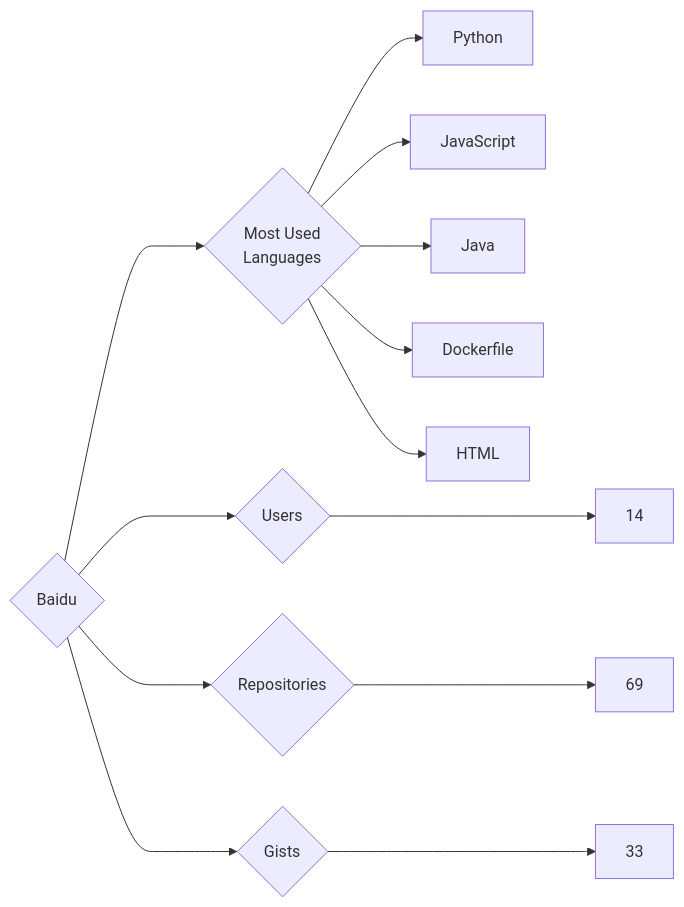
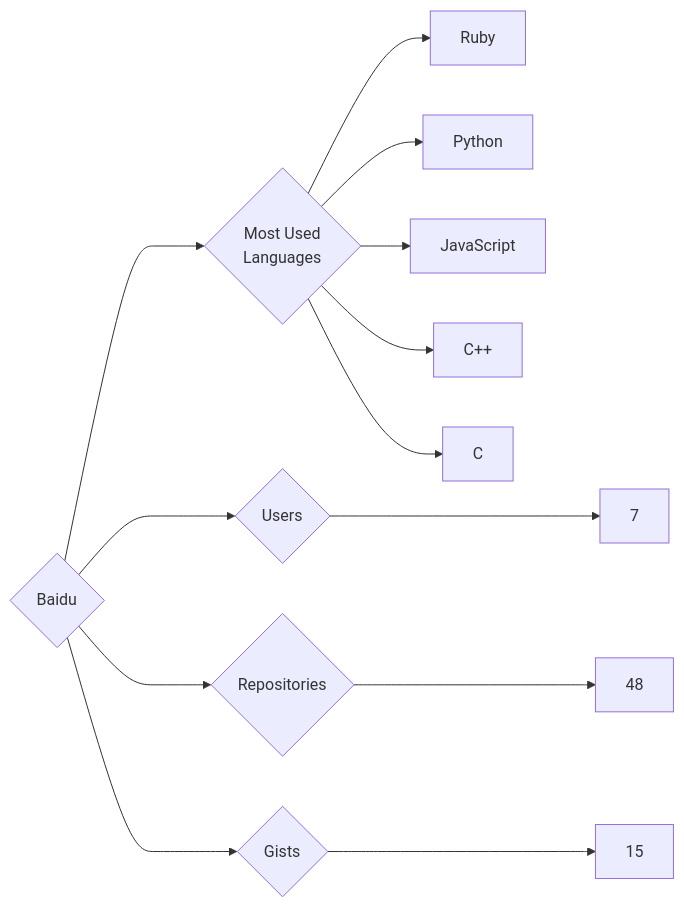
One commit to trickest/insiders changed the diagram in targets/Baidu/README.md. Above: the diagram before and after it, drawn with Mermaid. The commit also changed 1170 other files, not shown here.

````diff
--- a/targets/Baidu/README.md
+++ b/targets/Baidu/README.md
@@ -3,13 +3,13 @@
 ```mermaid
 graph LR
 COMPANY_NAME{Baidu}
-COMPANY_NAME ---> U{Users} ---> UN[14]
-COMPANY_NAME ---> R{Repositories} ---> RN[69]
-COMPANY_NAME ---> G{Gists} ---> GN[33]
+COMPANY_NAME ---> U{Users} ---> UN[7]
+COMPANY_NAME ---> R{Repositories} ---> RN[48]
+COMPANY_NAME ---> G{Gists} ---> GN[15]
 COMPANY_NAME ---> ML{Most Used<br>Languages}
+ML --> Ruby[Ruby]
 ML --> Python[Python]
 ML --> JavaScript[JavaScript]
-ML --> Java[Java]
-ML --> Dockerfile[Dockerfile]
-ML --> HTML[HTML]
+ML --> C++[C++]
+ML --> C[C]
 ```
````
